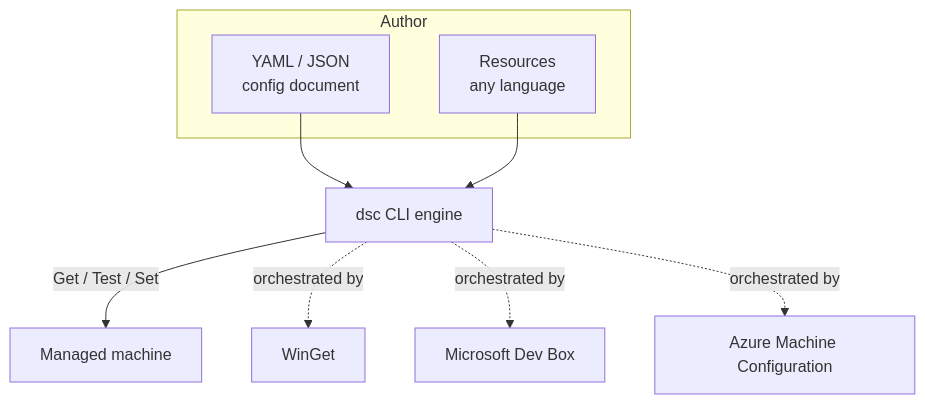
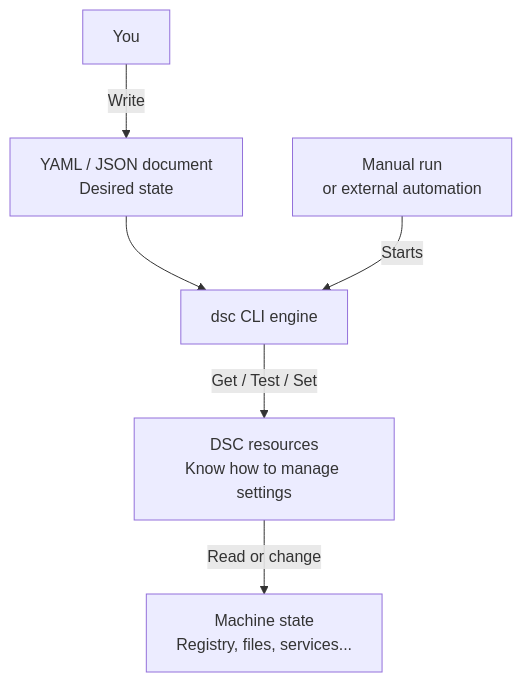
The second of 2 diagrams in 110 - Platform/Windows Server/Concepts/Desired State Configuration in 2026 - What It Actually Is and How to Use It.md (0xMati/Tech-Blog), drawn with Mermaid before and after one commit. The commit also changed other lines of this file and 1 other file, not shown here.

````diff
--- a/110 - Platform/Windows Server/Concepts/Desired State Configuration in 2026 - What It Actually Is and How to Use It.md
+++ b/110 - Platform/Windows Server/Concepts/Desired State Configuration in 2026 - What It Actually Is and How to Use It.md
@@ -118,13 +122,8 @@
 ```mermaid
 flowchart TB
-    subgraph Author
-      Y[YAML / JSON<br/>config document]
-      R[Resources<br/>any language]
-    end
-    Y --> DSC[dsc CLI engine]
-    R --> DSC
-    DSC -->|Get / Test / Set| M[Managed machine]
-    DSC -. orchestrated by .-> O1[WinGet]
-    DSC -. orchestrated by .-> O2[Microsoft Dev Box]
-    DSC -. orchestrated by .-> O3[Azure Machine Configuration]
+    Author["You"] -->|Write| Config["YAML / JSON document<br/>Desired state"]
+    Config --> Engine["dsc CLI engine"]
+    Trigger["Manual run<br/>or external automation"] -->|Starts| Engine
+    Engine -->|"Get / Test / Set"| Resources["DSC resources<br/>Know how to manage settings"]
+    Resources -->|"Read or change"| State["Machine state<br/>Registry, files, services..."]
 ```
````
